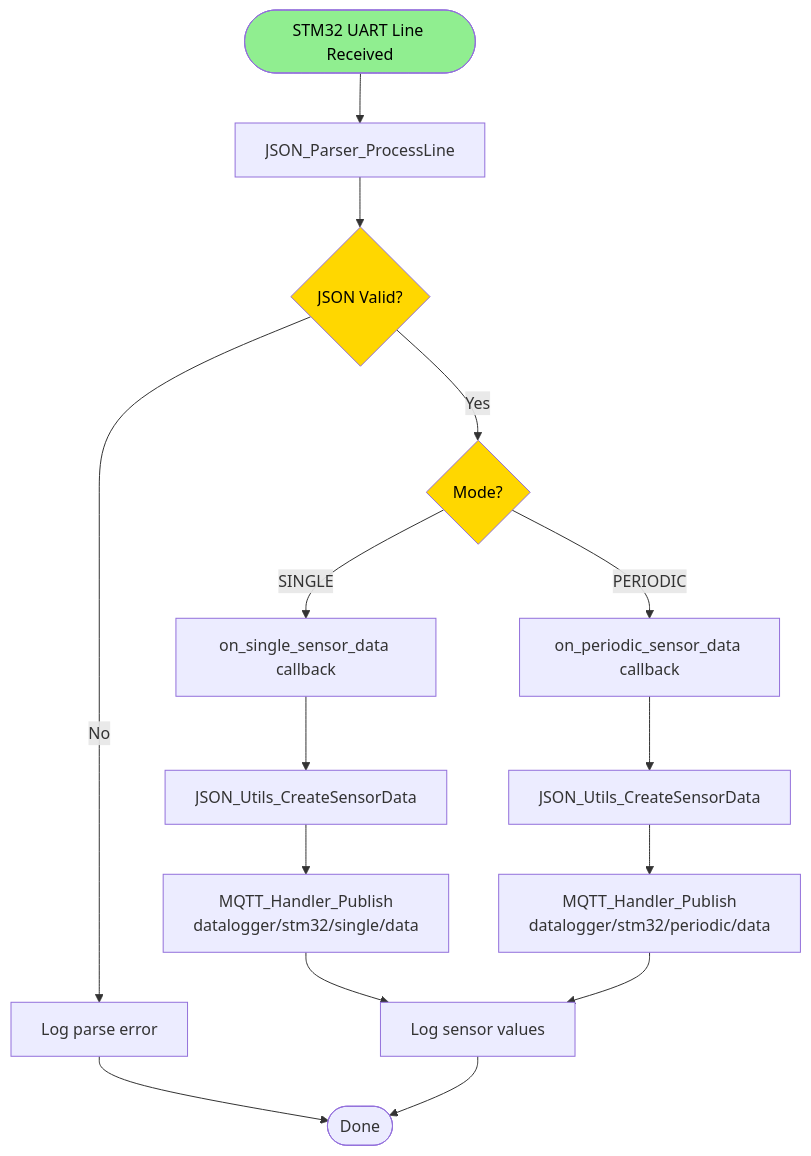
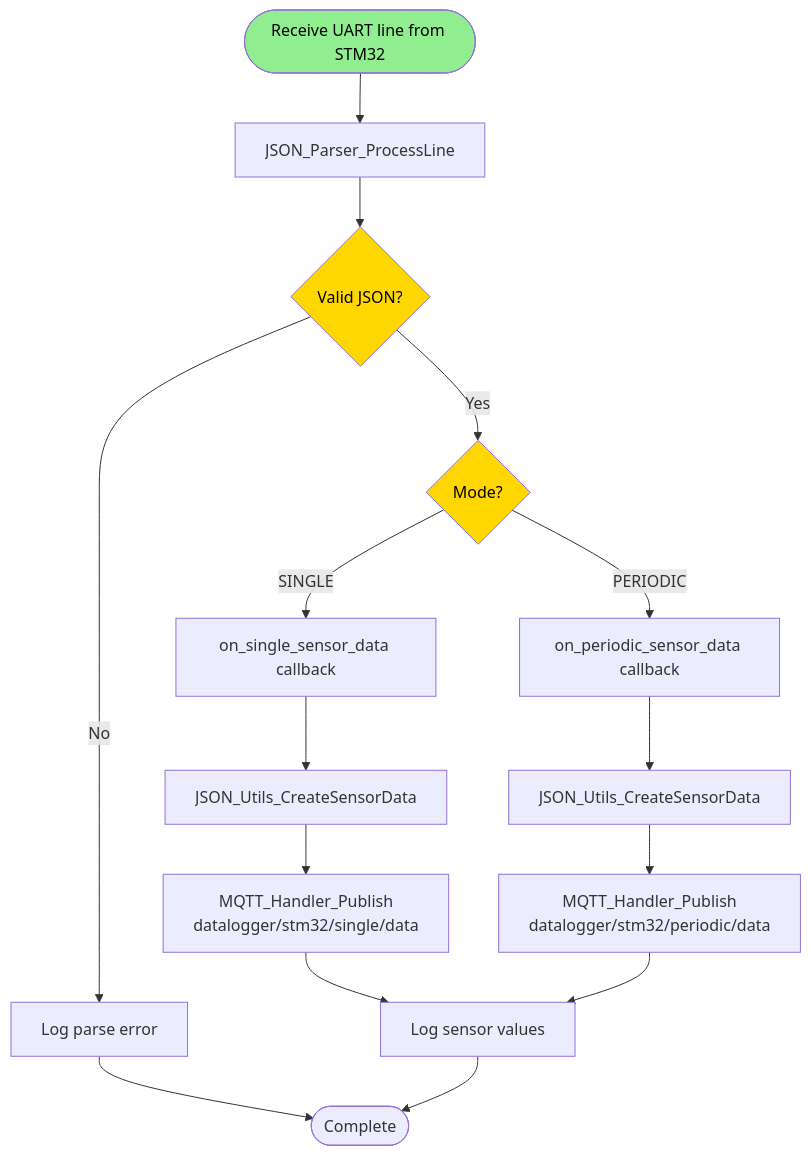
Before and after one commit to meeTeam05/datalogger: the fourth of 10 diagrams in documents/esp32/FLOW_DIAGRAM_ESP32.md, drawn with Mermaid. The commit also changed other lines of this file, not shown here.

Commit message:
fix(docs): update flow diagram titles and descriptions for clarity in FLOW_DIAGRAM_ESP32.md

````diff
--- a/documents/esp32/FLOW_DIAGRAM_ESP32.md
+++ b/documents/esp32/FLOW_DIAGRAM_ESP32.md
@@ -105,28 +115,28 @@
 ```mermaid
 flowchart TD
-    Start([STM32 UART Line Received]) --> ParseJSON[JSON_Parser_ProcessLine]
-    ParseJSON --> ValidateJSON{JSON Valid?}
+    Start([Receive UART line from STM32]) --> ParseJSON[JSON_Parser_ProcessLine]
+    ParseJSON --> ValidateJSON{Valid JSON?}
 
     ValidateJSON -->|No| LogError[Log parse error]
     ValidateJSON -->|Yes| CheckMode{Mode?}
 
-    LogError --> Done([Done])
+    LogError --> Done([Complete])
 
     CheckMode -->|SINGLE| CallbackSingle[on_single_sensor_data callback]
     CheckMode -->|PERIODIC| CallbackPeriodic[on_periodic_sensor_data callback]
 
     CallbackSingle --> FormatJSON1[JSON_Utils_CreateSensorData]
     CallbackPeriodic --> FormatJSON2[JSON_Utils_CreateSensorData]
 
     FormatJSON1 --> PublishSingle[MQTT_Handler_Publish<br/>datalogger/stm32/single/data]
     FormatJSON2 --> PublishPeriodic[MQTT_Handler_Publish<br/>datalogger/stm32/periodic/data]
 
     PublishSingle --> LogData[Log sensor values]
     PublishPeriodic --> LogData
 
     LogData --> Done
 
     style Start fill:#90EE90, color:#000000
     style ValidateJSON fill:#FFD700, color:#000000
     style CheckMode fill:#FFD700, color:#000000
 ```
````
